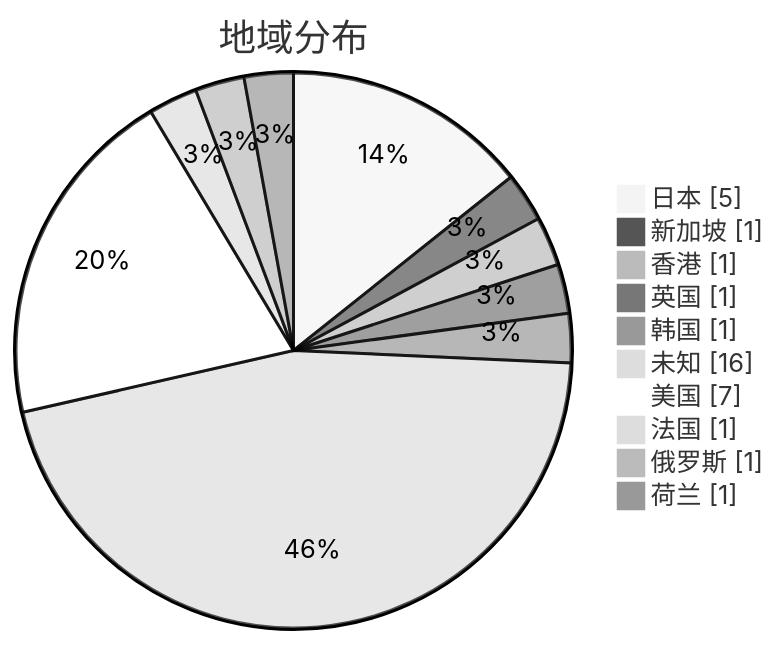
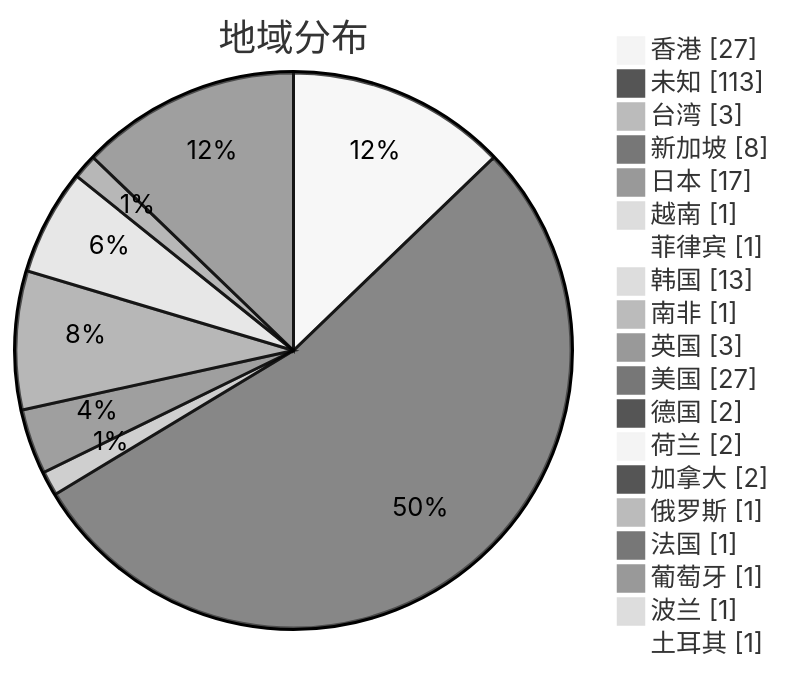
One commit to qjlxg/airport changed the second of 3 diagrams in subs/statistics/tested_within.md. Above: the diagram before and after it, drawn with Mermaid (neutral theme). The commit also changed other lines of this file and 2 other files, not shown here.

Commit message:
Tested by metaST

````diff
--- a/subs/statistics/tested_within.md
+++ b/subs/statistics/tested_within.md
@@ -10,14 +11,23 @@
 ```mermaid
 pie showData
 title 地域分布
-"日本" : 5
-"新加坡" : 1
-"香港" : 1
-"英国" : 1
-"韩国" : 1
-"未知" : 16
-"美国" : 7
+"香港" : 27
+"未知" : 113
+"台湾" : 3
+"新加坡" : 8
+"日本" : 17
+"越南" : 1
+"菲律宾" : 1
+"韩国" : 13
+"南非" : 1
+"英国" : 3
+"美国" : 27
+"德国" : 2
+"荷兰" : 2
+"加拿大" : 2
+"俄罗斯" : 1
 "法国" : 1
-"俄罗斯" : 1
-"荷兰" : 1
+"葡萄牙" : 1
+"波兰" : 1
+"土耳其" : 1
 ```
````
